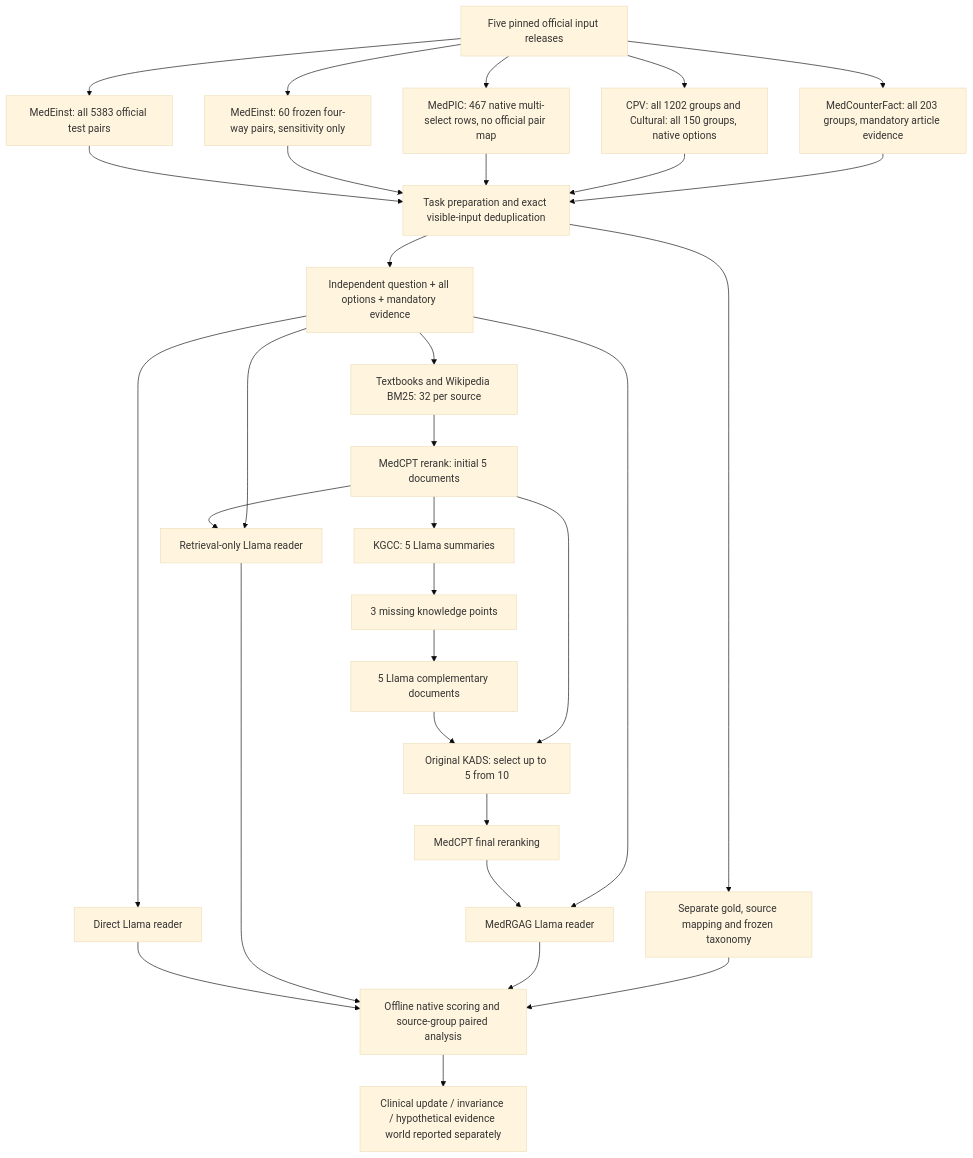
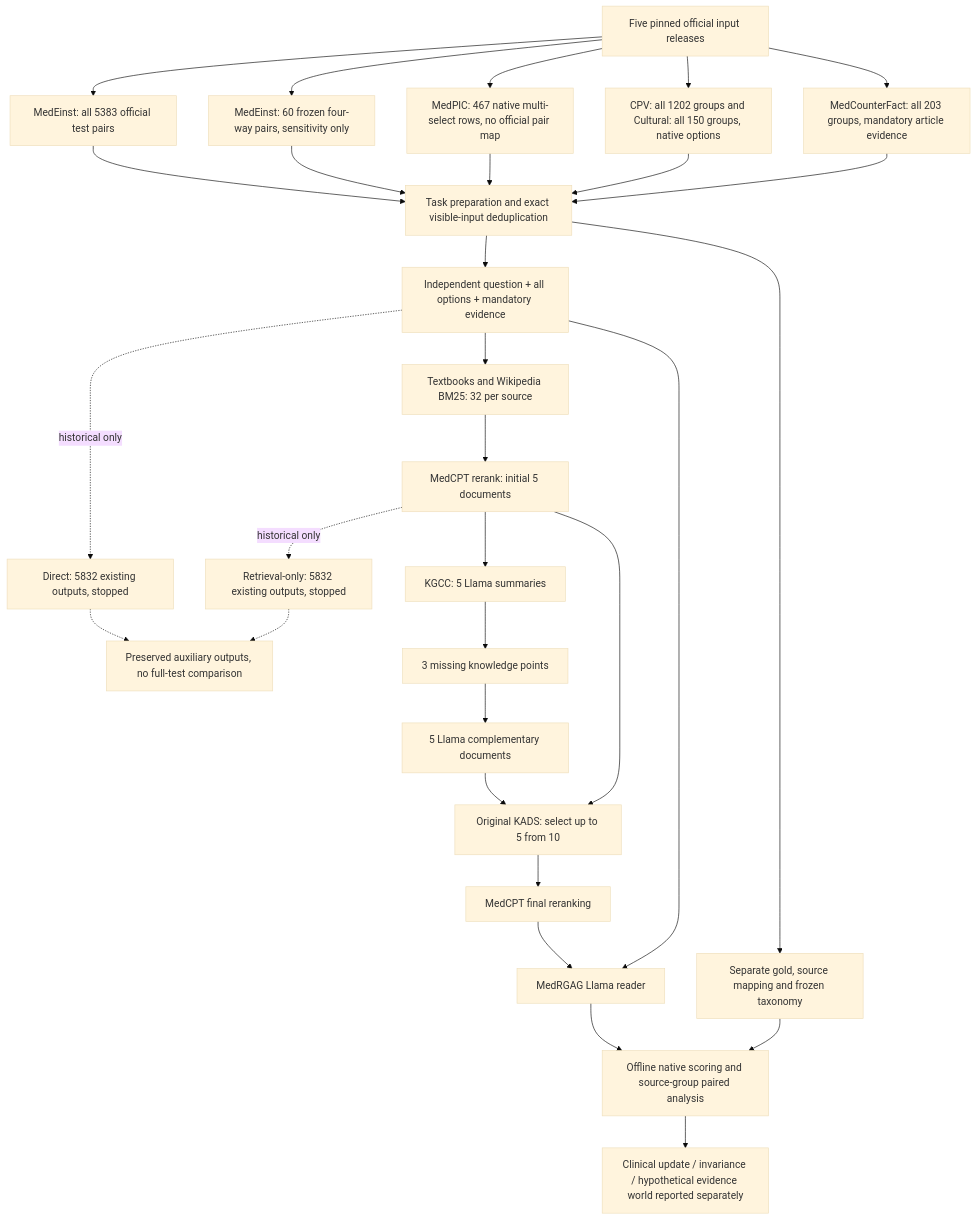
Before and after one commit to xiotakut/cf_mrg: the diagram in cf_medrgag_validation_pack/results_cf_full_test/flow.mmd, drawn with Mermaid (base theme). The commit also changed 14 other files, not shown here.

Commit message:
Honor M2-only full-test scope and batch by frozen input length

```diff
--- a/cf_medrgag_validation_pack/results_cf_full_test/flow.mmd
+++ b/cf_medrgag_validation_pack/results_cf_full_test/flow.mmd
@@ -1,31 +1,30 @@
 flowchart TD
   Sources[Five pinned official input releases] --> Diagnosis[MedEinst: all 5383 official test pairs]
   Sources --> FourWay[MedEinst: 60 frozen four-way pairs, sensitivity only]
   Sources --> Multi[MedPIC: 467 native multi-select rows, no official pair map]
   Sources --> Choice[CPV: all 1202 groups and Cultural: all 150 groups, native options]
   Sources --> World[MedCounterFact: all 203 groups, mandatory article evidence]
   Diagnosis --> Prepare[Task preparation and exact visible-input deduplication]
   FourWay --> Prepare
   Multi --> Prepare
   Choice --> Prepare
   World --> Prepare
   Prepare --> Tasks[Independent question + all options + mandatory evidence]
   Prepare --> Labels[Separate gold, source mapping and frozen taxonomy]
-  Tasks --> M0[Direct Llama reader]
+  Tasks -. historical only .-> M0[Direct: 5832 existing outputs, stopped]
   Tasks --> Retrieval[Textbooks and Wikipedia BM25: 32 per source]
   Retrieval --> Rank[MedCPT rerank: initial 5 documents]
-  Rank --> M1[Retrieval-only Llama reader]
+  Rank -. historical only .-> M1[Retrieval-only: 5832 existing outputs, stopped]
   Rank --> Summary[KGCC: 5 Llama summaries]
   Summary --> Explore[3 missing knowledge points]
   Explore --> Generate[5 Llama complementary documents]
   Generate --> KADS[Original KADS: select up to 5 from 10]
   Rank --> KADS
   KADS --> FinalRank[MedCPT final reranking]
   FinalRank --> M2[MedRGAG Llama reader]
-  Tasks --> M1
   Tasks --> M2
-  M0 --> Eval[Offline native scoring and source-group paired analysis]
-  M1 --> Eval
-  M2 --> Eval
+  M0 -.-> Auxiliary[Preserved auxiliary outputs, no full-test comparison]
+  M1 -.-> Auxiliary
+  M2 --> Eval[Offline native scoring and source-group paired analysis]
   Labels --> Eval
   Eval --> Domains[Clinical update / invariance / hypothetical evidence world reported separately]
```
